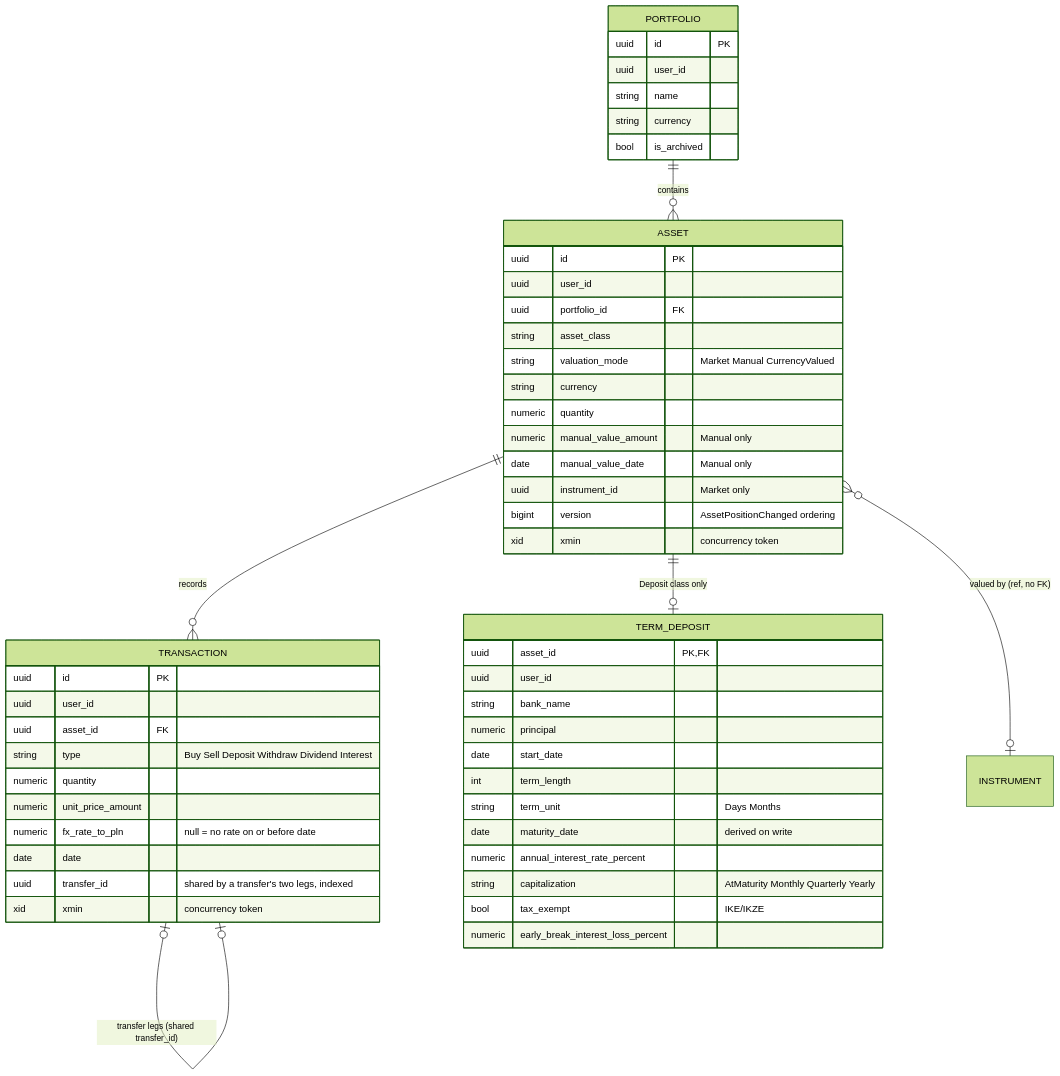
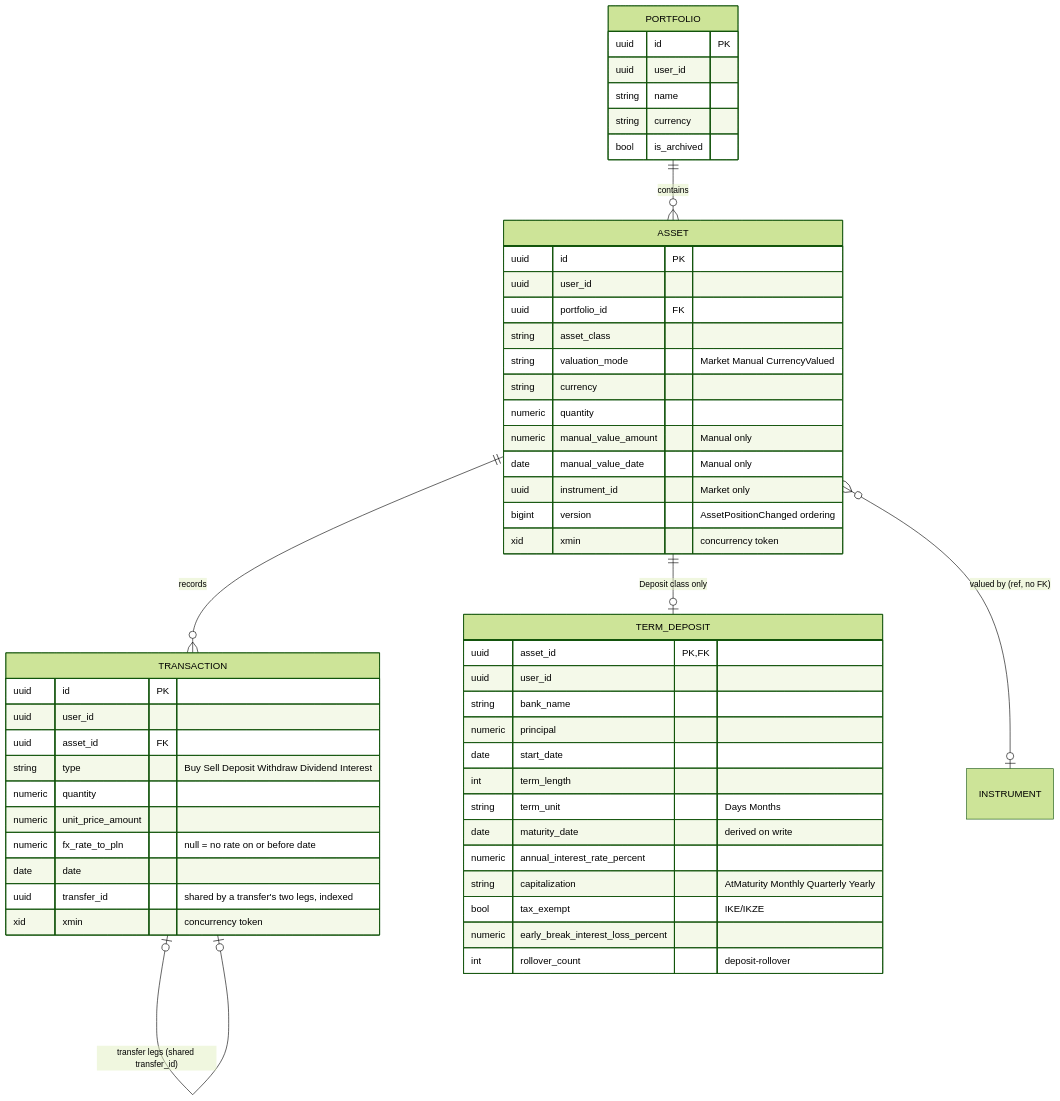
Before and after one commit to Maliniak93/FinMel: the first of 3 diagrams in skarbiec-plan/domain.md, drawn with Mermaid (forest theme). The commit also changed other lines of this file and 33 other files, not shown here.

````diff
--- a/skarbiec-plan/domain.md
+++ b/skarbiec-plan/domain.md
@@ -41,55 +41,56 @@
 ```mermaid
 erDiagram
     PORTFOLIO ||--o{ ASSET : contains
     ASSET ||--o{ TRANSACTION : records
     TRANSACTION |o--o| TRANSACTION : "transfer legs (shared transfer_id)"
     ASSET ||--o| TERM_DEPOSIT : "Deposit class only"
     ASSET }o--o| INSTRUMENT : "valued by (ref, no FK)"
     PORTFOLIO {
         uuid id PK
         uuid user_id
         string name
         string currency
         bool is_archived
     }
     ASSET {
         uuid id PK
         uuid user_id
         uuid portfolio_id FK
         string asset_class
         string valuation_mode "Market Manual CurrencyValued"
         string currency
         numeric quantity
         numeric manual_value_amount "Manual only"
         date manual_value_date "Manual only"
         uuid instrument_id "Market only"
         bigint version "AssetPositionChanged ordering"
         xid xmin "concurrency token"
     }
     TRANSACTION {
         uuid id PK
         uuid user_id
         uuid asset_id FK
         string type "Buy Sell Deposit Withdraw Dividend Interest"
         numeric quantity
         numeric unit_price_amount
         numeric fx_rate_to_pln "null = no rate on or before date"
         date date
         uuid transfer_id "shared by a transfer's two legs, indexed"
         xid xmin "concurrency token"
     }
     TERM_DEPOSIT {
         uuid asset_id PK, FK
         uuid user_id
         string bank_name
         numeric principal
         date start_date
         int term_length
         string term_unit "Days Months"
         date maturity_date "derived on write"
         numeric annual_interest_rate_percent
         string capitalization "AtMaturity Monthly Quarterly Yearly"
         bool tax_exempt "IKE/IKZE"
         numeric early_break_interest_loss_percent
+        int rollover_count "deposit-rollover"
     }
 ```
````
